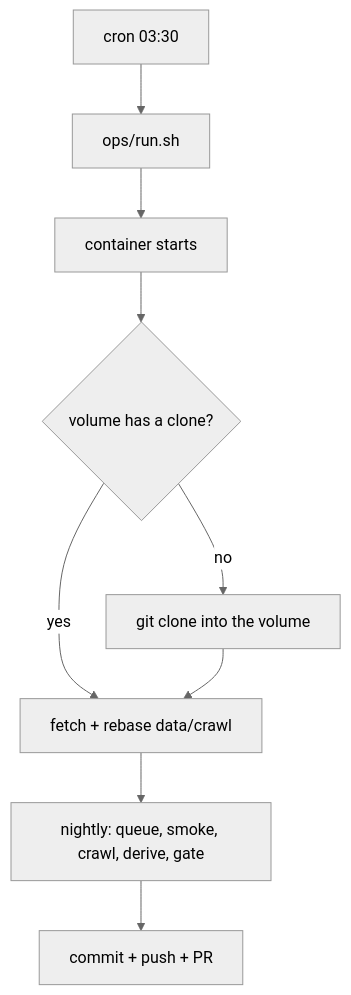
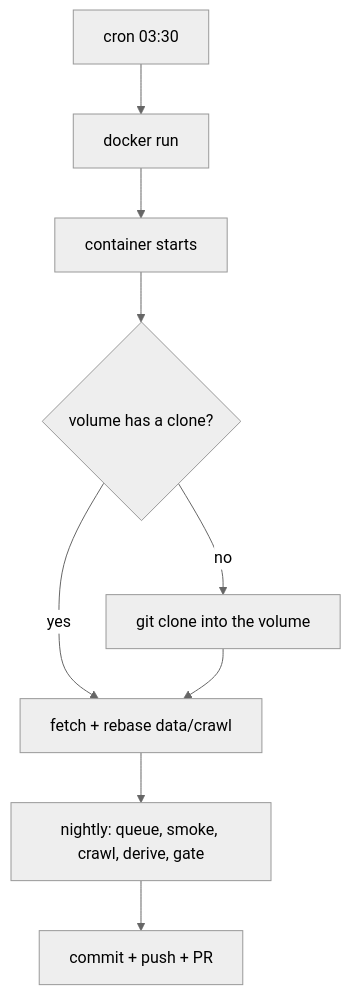
Before and after one commit to MatiasAgelvis/starisk: the diagram in ops/README.md, drawn with Mermaid (neutral theme). The commit also changed other lines of this file, not shown here.

Commit message:
docs(ops): update container deployment guide

````diff
--- a/ops/README.md
+++ b/ops/README.md
@@ -13,11 +13,11 @@
 ```mermaid
 graph TD
-    A[cron 03:30] --> B[ops/run.sh]
+    A[cron 03:30] --> B[docker run]
     B --> C[container starts]
     C --> D{volume has a clone?}
     D -->|no| E[git clone into the volume]
     D -->|yes| F[fetch + rebase data/crawl]
     E --> F
     F --> G[nightly: queue, smoke, crawl, derive, gate]
     G --> H[commit + push + PR]
 ```
````
